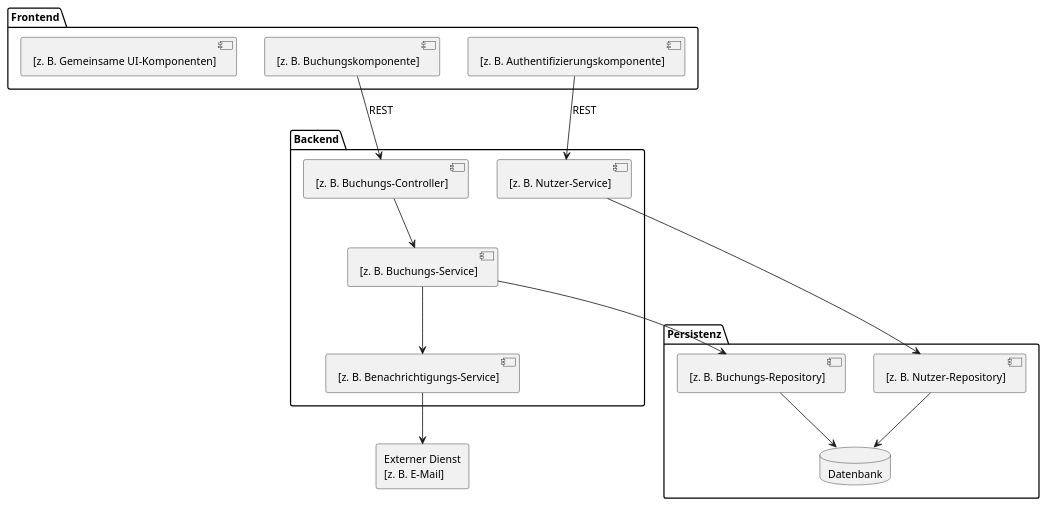
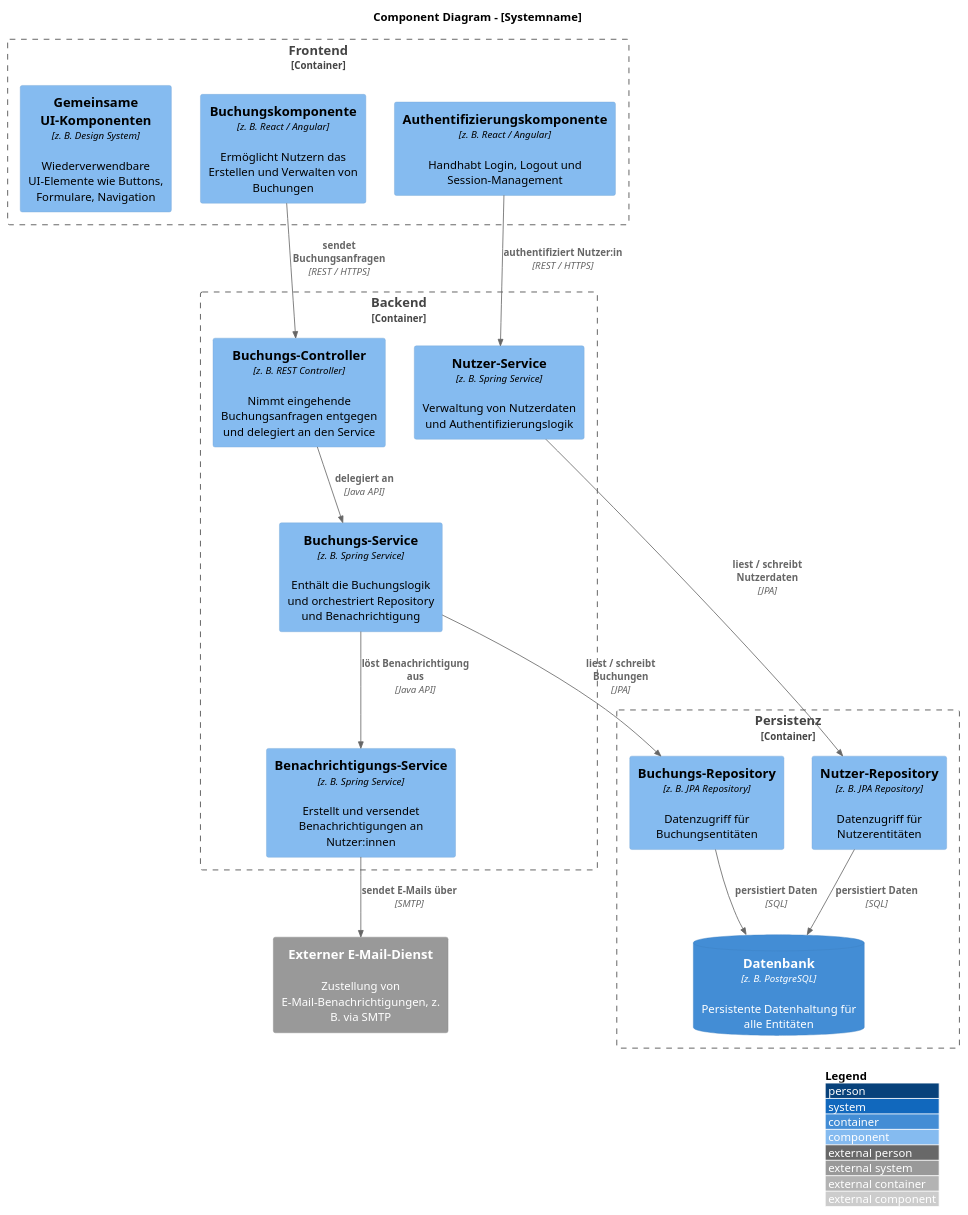
The second of 5 diagrams in docs/technical/design.adoc (htwdd-se/SE-Projektvorlage), drawn with PlantUML before and after one commit. The commit also changed other lines of this file and 4 other files, not shown here.

```diff
--- a/docs/technical/design.adoc
+++ b/docs/technical/design.adoc
@@ -94,39 +94,45 @@
 [plantuml, component-diagram, svg]
 ....
 @startuml
-skinparam monochrome true
-skinparam defaultFontSize 13
 
-package "Frontend" {
-  component "[z. B. Buchungskomponente]" as booking_ui
-  component "[z. B. Authentifizierungskomponente]" as auth_ui
-  component "[z. B. Gemeinsame UI-Komponenten]" as shared_ui
+' source: https://github.com/plantuml-stdlib/C4-PlantUML
+' C4 Model
+!include <c4/C4_Component.puml>
+
+LAYOUT_WITH_LEGEND()
+
+title Component Diagram – [Systemname]
+
+Container_Boundary(frontend, "Frontend") {
+  Component(booking_ui, "Buchungskomponente", "z. B. React / Angular", "Ermöglicht Nutzern das Erstellen und Verwalten von Buchungen")
+  Component(auth_ui, "Authentifizierungskomponente", "z. B. React / Angular", "Handhabt Login, Logout und Session-Management")
+  Component(shared_ui, "Gemeinsame UI-Komponenten", "z. B. Design System", "Wiederverwendbare UI-Elemente wie Buttons, Formulare, Navigation")
 }
 
-package "Backend" {
-  component "[z. B. Buchungs-Controller]" as booking_ctrl
-  component "[z. B. Buchungs-Service]" as booking_svc
-  component "[z. B. Nutzer-Service]" as user_svc
-  component "[z. B. Benachrichtigungs-Service]" as notification_svc
+Container_Boundary(backend, "Backend") {
+  Component(booking_ctrl, "Buchungs-Controller", "z. B. REST Controller", "Nimmt eingehende Buchungsanfragen entgegen und delegiert an den Service")
+  Component(booking_svc, "Buchungs-Service", "z. B. Spring Service", "Enthält die Buchungslogik und orchestriert Repository und Benachrichtigung")
+  Component(user_svc, "Nutzer-Service", "z. B. Spring Service", "Verwaltung von Nutzerdaten und Authentifizierungslogik")
+  Component(notification_svc, "Benachrichtigungs-Service", "z. B. Spring Service", "Erstellt und versendet Benachrichtigungen an Nutzer:innen")
 }
 
-package "Persistenz" {
-  component "[z. B. Buchungs-Repository]" as booking_repo
-  component "[z. B. Nutzer-Repository]" as user_repo
-  database "Datenbank" as db
+Container_Boundary(persistence, "Persistenz") {
+  Component(booking_repo, "Buchungs-Repository", "z. B. JPA Repository", "Datenzugriff für Buchungsentitäten")
+  Component(user_repo, "Nutzer-Repository", "z. B. JPA Repository", "Datenzugriff für Nutzerentitäten")
+  ContainerDb(db, "Datenbank", "z. B. PostgreSQL", "Persistente Datenhaltung für alle Entitäten")
 }
 
-rectangle "Externer Dienst\n[z. B. E-Mail]" as ext
+System_Ext(ext, "Externer E-Mail-Dienst", "Zustellung von E-Mail-Benachrichtigungen, z. B. via SMTP")
 
-booking_ui --> booking_ctrl : REST
-auth_ui --> user_svc : REST
-booking_ctrl --> booking_svc
-booking_svc --> booking_repo
-booking_svc --> notification_svc
-user_svc --> user_repo
-booking_repo --> db
-user_repo --> db
-notification_svc --> ext
+Rel(booking_ui, booking_ctrl, "sendet Buchungsanfragen", "REST / HTTPS")
+Rel(auth_ui, user_svc, "authentifiziert Nutzer:in", "REST / HTTPS")
+Rel(booking_ctrl, booking_svc, "delegiert an", "Java API")
+Rel(booking_svc, booking_repo, "liest / schreibt Buchungen", "JPA")
+Rel(booking_svc, notification_svc, "löst Benachrichtigung aus", "Java API")
+Rel(user_svc, user_repo, "liest / schreibt Nutzerdaten", "JPA")
+Rel(booking_repo, db, "persistiert Daten", "SQL")
+Rel(user_repo, db, "persistiert Daten", "SQL")
+Rel(notification_svc, ext, "sendet E-Mails über", "SMTP")
 
 @enduml
 ....
```
